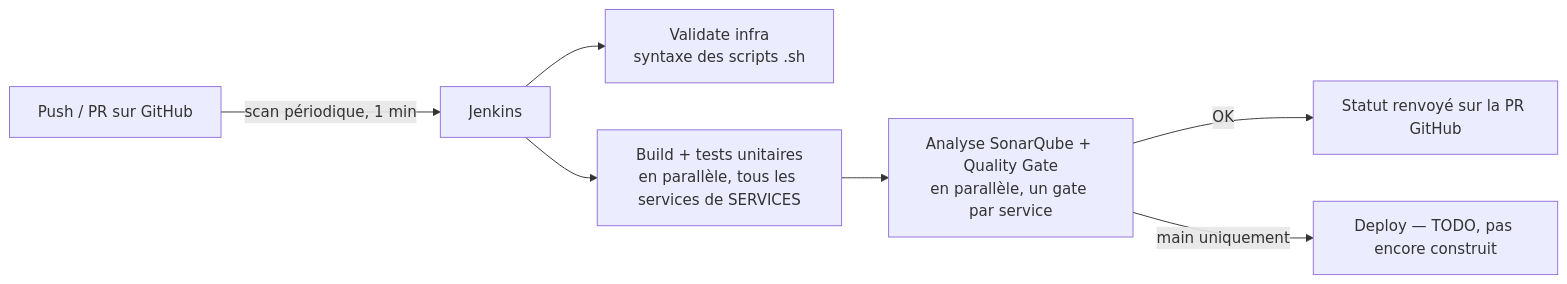
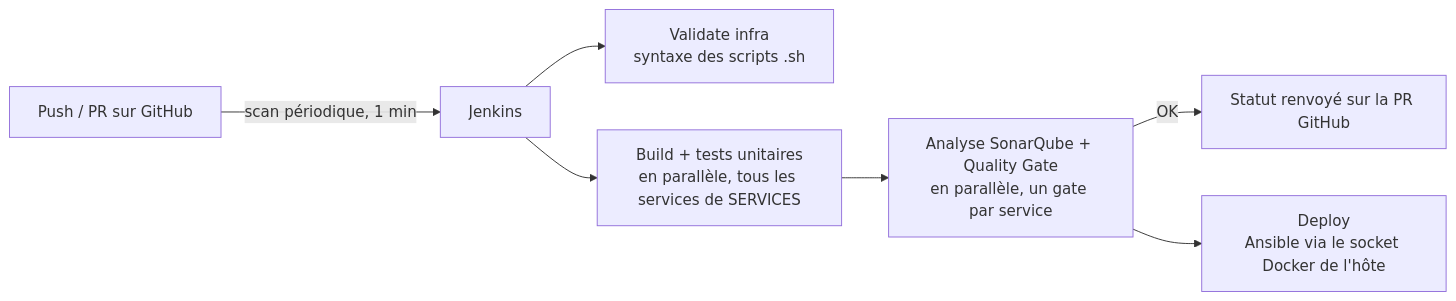
Before and after one commit to Dahreau/travel-plan: the diagram in docs/01-ci-cd.md, drawn with Mermaid. The commit also changed other lines of this file and 69 other files, not shown here.

````diff
--- a/docs/01-ci-cd.md
+++ b/docs/01-ci-cd.md
@@ -59,9 +59,9 @@
 ```mermaid
 flowchart LR
     Dev[Push / PR sur GitHub] -->|scan périodique, 1 min| Jenkins
     Jenkins --> Infra[Validate infra<br/>syntaxe des scripts .sh]
     Jenkins --> Build[Build + tests unitaires<br/>en parallèle, tous les services de SERVICES]
     Build --> Sonar[Analyse SonarQube + Quality Gate<br/>en parallèle, un gate par service]
     Sonar -->|OK| Status[Statut renvoyé sur la PR GitHub]
-    Sonar -->|main uniquement| Deploy[Deploy — TODO, pas encore construit]
+    Sonar --> Deploy[Deploy<br/>Ansible via le socket Docker de l'hôte]
 ```
````
